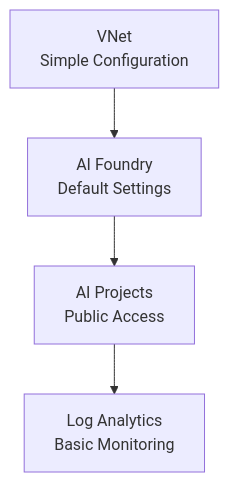
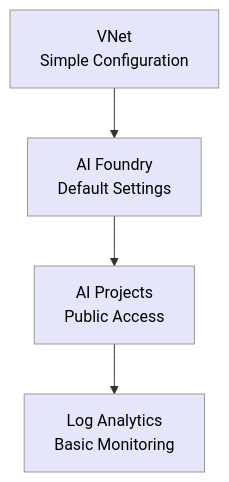
The sixth of 7 diagrams in ARCHITECTURE_DIAGRAM.md (Azure/terraform-azurerm-avm-ptn-aiml-landing-zone), drawn with Mermaid before and after one commit. The commit also changed other lines of this file, not shown here.

````diff
--- a/ARCHITECTURE_DIAGRAM.md
+++ b/ARCHITECTURE_DIAGRAM.md
@@ -425,11 +534,16 @@
 ```mermaid
 graph TB
     VN["VNet<br/>Simple Configuration"]
     AF["AI Foundry<br/>Default Settings"]
     PROJ["AI Projects<br/>Public Access"]
     LAW["Log Analytics<br/>Basic Monitoring"]
 
     VN --> AF
     AF --> PROJ
     PROJ --> LAW
+
+    style VN fill:#E6E6FA,stroke:#999,color:#000
+    style AF fill:#E6E6FA,stroke:#999,color:#000
+    style PROJ fill:#E6E6FA,stroke:#999,color:#000
+    style LAW fill:#E6E6FA,stroke:#999,color:#000
 ```
````
